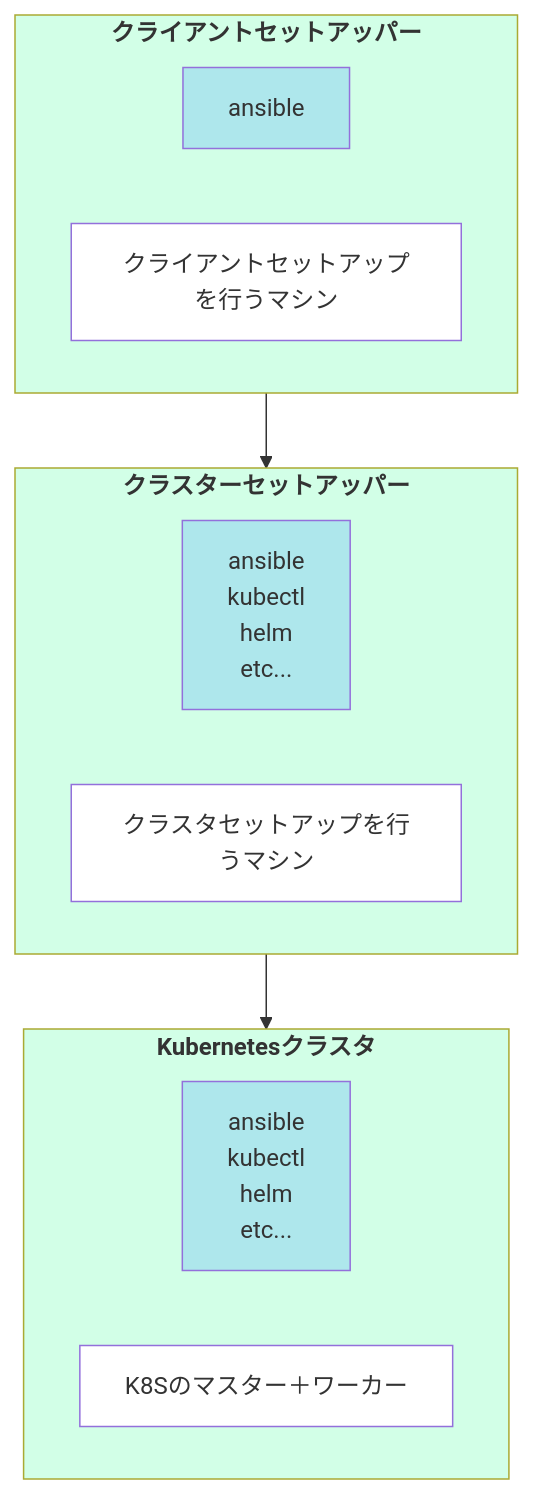
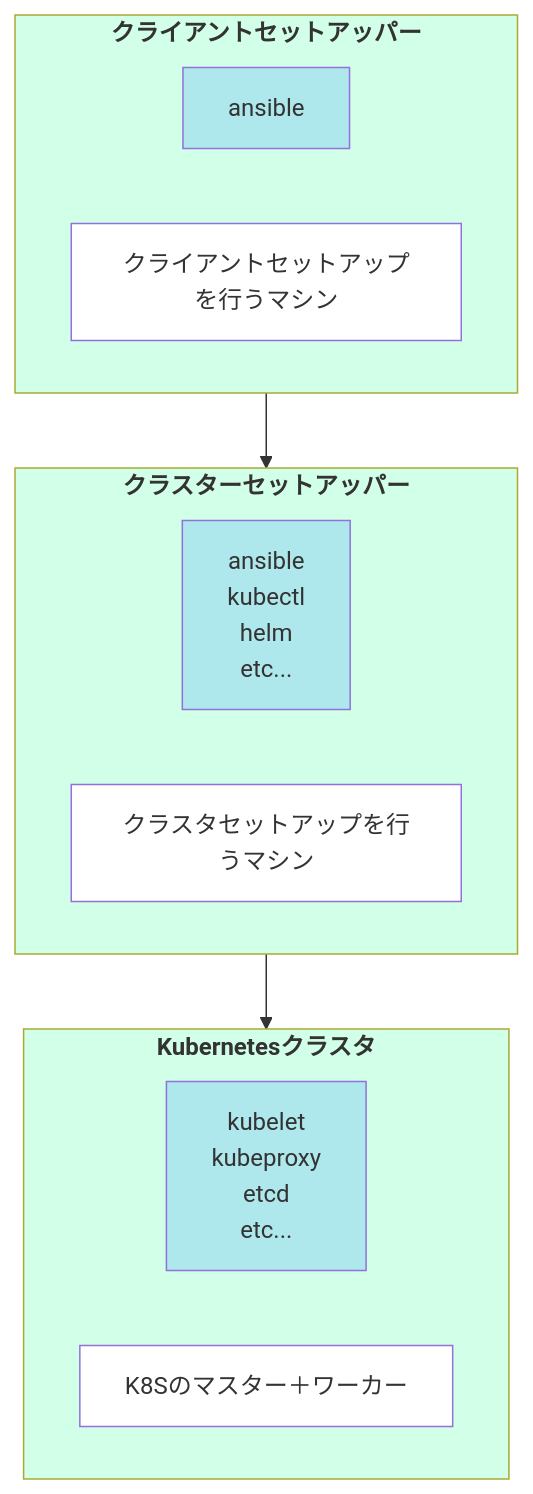
Before and after one commit to ky381011/k8s-the-hard-way: the diagram in design/docs/01-setup.md, drawn with Mermaid. The commit also changed other lines of this file, not shown here.

````diff
--- a/design/docs/01-setup.md
+++ b/design/docs/01-setup.md
@@ -5,34 +5,34 @@
 ```mermaid
 %%{init: {'theme': 'default'}}%%
 graph TB
     classDef Machine fill:#22FF88,fill-opacity:0.2,font-weight:bold
     classDef Tools fill:#2288FF,fill-opacity:0.2
     classDef Description fill:#FFFFFF
 
     subgraph ClientSetUpper ["クライアントセットアッパー"]
         SetUpperTools["ansible"]
         SetUpperDescription["クライアントセットアップを行うマシン"]
     end
 
     subgraph ClusterSetUpper ["クラスターセットアッパー"]
         ClientTools["ansible</br>kubectl</br>helm</br>etc..."]
         ClientDescription["クラスタセットアップを行うマシン"]
     end
     
     subgraph K8sCluster ["Kubernetesクラスタ"]
-        K8sTools["ansible</br>kubectl</br>helm</br>etc..."]
+        K8sTools["kubelet</br>kubeproxy</br>etcd</br>etc..."]
         K8sDescription["K8Sのマスター＋ワーカー"]
     end
     
     ClientSetUpper --> ClusterSetUpper --> K8sCluster
 
     class ClusterSetUpper Machine
     class ClientSetUpper Machine
     class K8sCluster Machine
     class SetUpperTools Tools
     class ClientTools Tools
     class K8sTools Tools
     class SetUpperDescription Description
     class ClientDescription Description
     class K8sDescription Description
 ```
````
